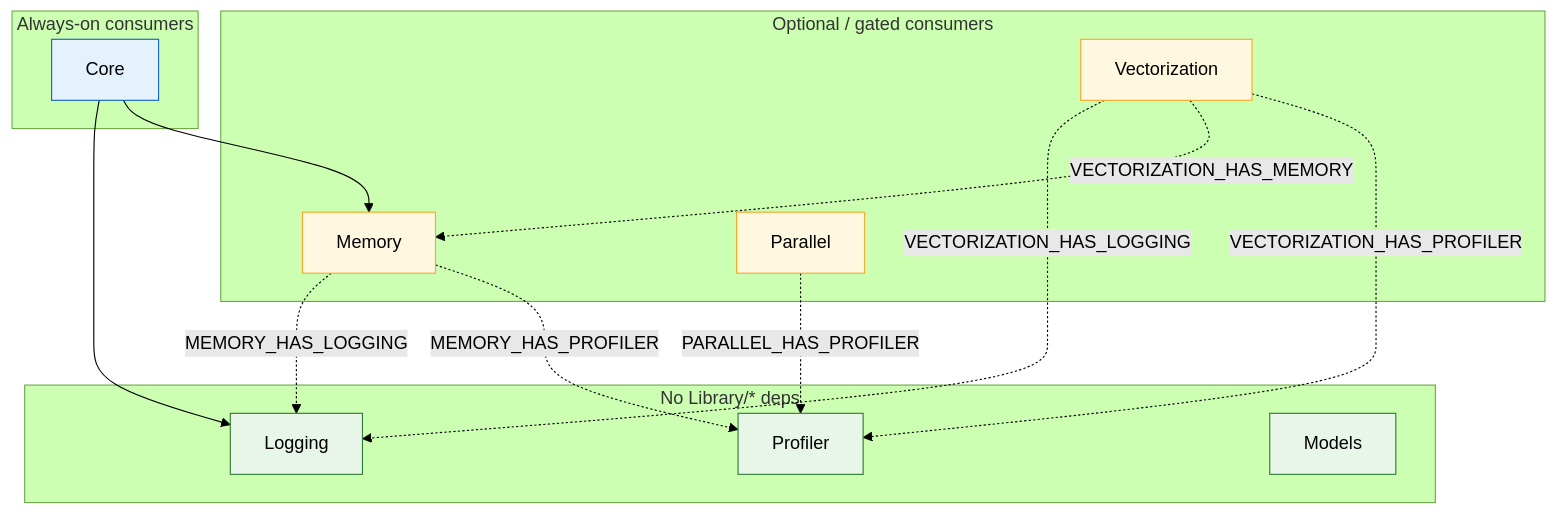
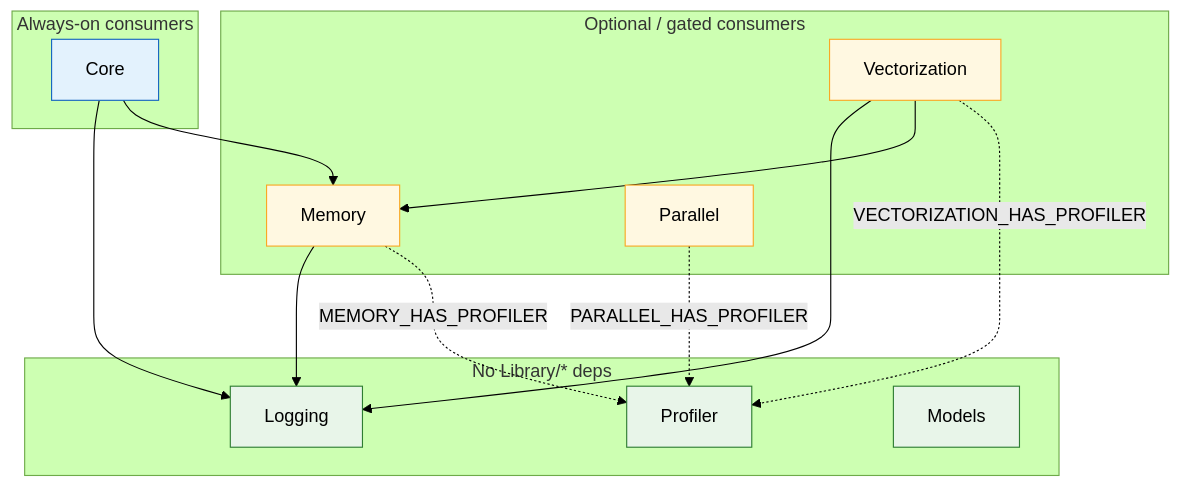
Before and after one commit to KhwarizmiAnalytix/Hisab: the first of 5 diagrams in Docs/PROJECT_DEPENDENCIES.md, drawn with Mermaid (forest theme). The commit also changed other lines of this file and 518 other files, not shown here.

First line of the commit message:
Expand CI, complete the XSigma rename, and make Logging/Memory hard dependencies

````diff
--- a/Docs/PROJECT_DEPENDENCIES.md
+++ b/Docs/PROJECT_DEPENDENCIES.md
@@ -19,34 +21,34 @@
 ```mermaid
 flowchart TB
   subgraph foundations["No Library/* deps"]
     Logging
     Profiler
     Models
   end
 
   subgraph mid["Optional / gated consumers"]
     Memory
     Parallel
     Vectorization
   end
 
   subgraph top["Always-on consumers"]
     Core
   end
 
-  Memory -.->|MEMORY_HAS_LOGGING| Logging
+  Memory --> Logging
   Memory -.->|MEMORY_HAS_PROFILER| Profiler
   Parallel -.->|PARALLEL_HAS_PROFILER| Profiler
-  Vectorization -.->|VECTORIZATION_HAS_LOGGING| Logging
-  Vectorization -.->|VECTORIZATION_HAS_MEMORY| Memory
+  Vectorization --> Logging
+  Vectorization --> Memory
   Vectorization -.->|VECTORIZATION_HAS_PROFILER| Profiler
   Core --> Logging
   Core --> Memory
 
   classDef leaf fill:#e8f5e9,stroke:#2e7d32
   classDef gated fill:#fff8e1,stroke:#f9a825
   classDef always fill:#e3f2fd,stroke:#1565c0
   class Logging,Profiler,Models leaf
   class Memory,Parallel,Vectorization gated
   class Core always
 ```
````
